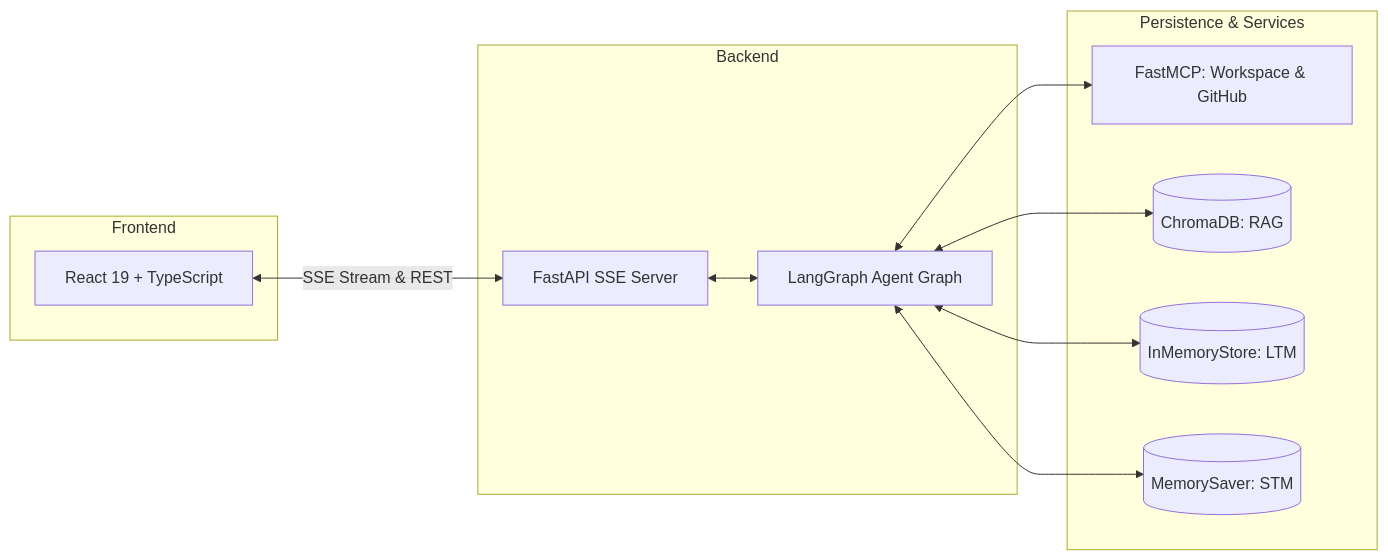
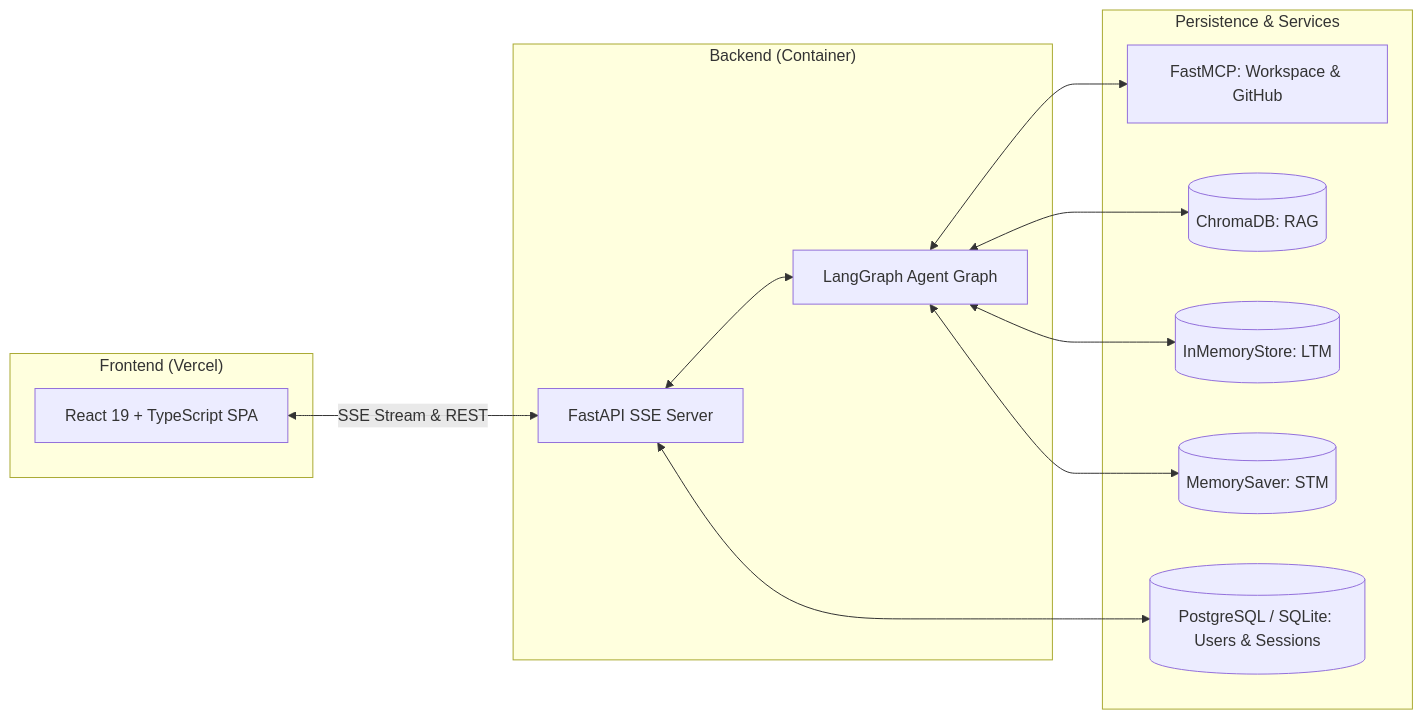
One commit to mahes-reddy332/OwnChatGpt changed the diagram in PROJECT_DOCUMENTATION.md. Above: the diagram before and after it, drawn with Mermaid. The commit also changed other lines of this file and 9 other files, not shown here.

Commit message:
fix(deployment): add vercel.json SPA rewrites, dynamic VITE_API_URL, and production deployment docs

````diff
--- a/PROJECT_DOCUMENTATION.md
+++ b/PROJECT_DOCUMENTATION.md
@@ -11,25 +11,27 @@
 ```mermaid
 flowchart LR
-    subgraph Client["Frontend"]
-        REACT[React 19 + TypeScript]
+    subgraph Client["Frontend (Vercel)"]
+        REACT[React 19 + TypeScript SPA]
     end
 
-    subgraph Server["Backend"]
+    subgraph Server["Backend (Container)"]
         FASTAPI[FastAPI SSE Server]
         GRAPH[LangGraph Agent Graph]
     end
 
     subgraph Data["Persistence & Services"]
         MCP[FastMCP: Workspace & GitHub]
         CHROMA[(ChromaDB: RAG)]
+        PG[(PostgreSQL / SQLite: Users & Sessions)]
         MEM[(InMemoryStore: LTM)]
         CHECK[(MemorySaver: STM)]
     end
 
     REACT <-->|SSE Stream & REST| FASTAPI
     FASTAPI <--> GRAPH
+    FASTAPI <--> PG
     GRAPH <--> MCP
     GRAPH <--> CHROMA
     GRAPH <--> MEM
     GRAPH <--> CHECK
 ```
````
